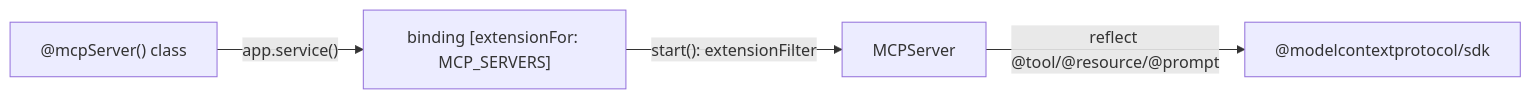
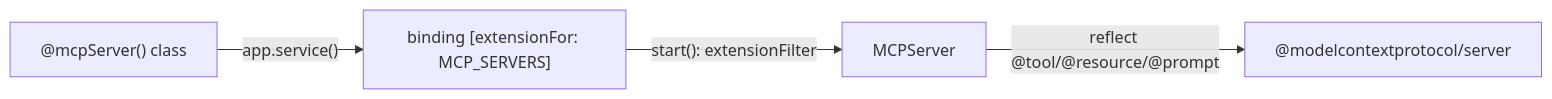
Before and after one commit to ninemindai/agentback: the diagram in docs/guides/build-an-mcp-server.md, drawn with Mermaid. The commit also changed other lines of this file and 44 other files, not shown here.

````diff
--- a/docs/guides/build-an-mcp-server.md
+++ b/docs/guides/build-an-mcp-server.md
@@ -161,6 +164,6 @@
 ```mermaid
 graph LR
   D["@mcpServer() class"] -->|"app.service()"| B["binding [extensionFor: MCP_SERVERS]"]
   B -->|"start(): extensionFilter"| M["MCPServer"]
-  M -->|reflect @tool/@resource/@prompt| SDK["@modelcontextprotocol/sdk"]
+  M -->|reflect @tool/@resource/@prompt| SDK["@modelcontextprotocol/server"]
 ```
````
